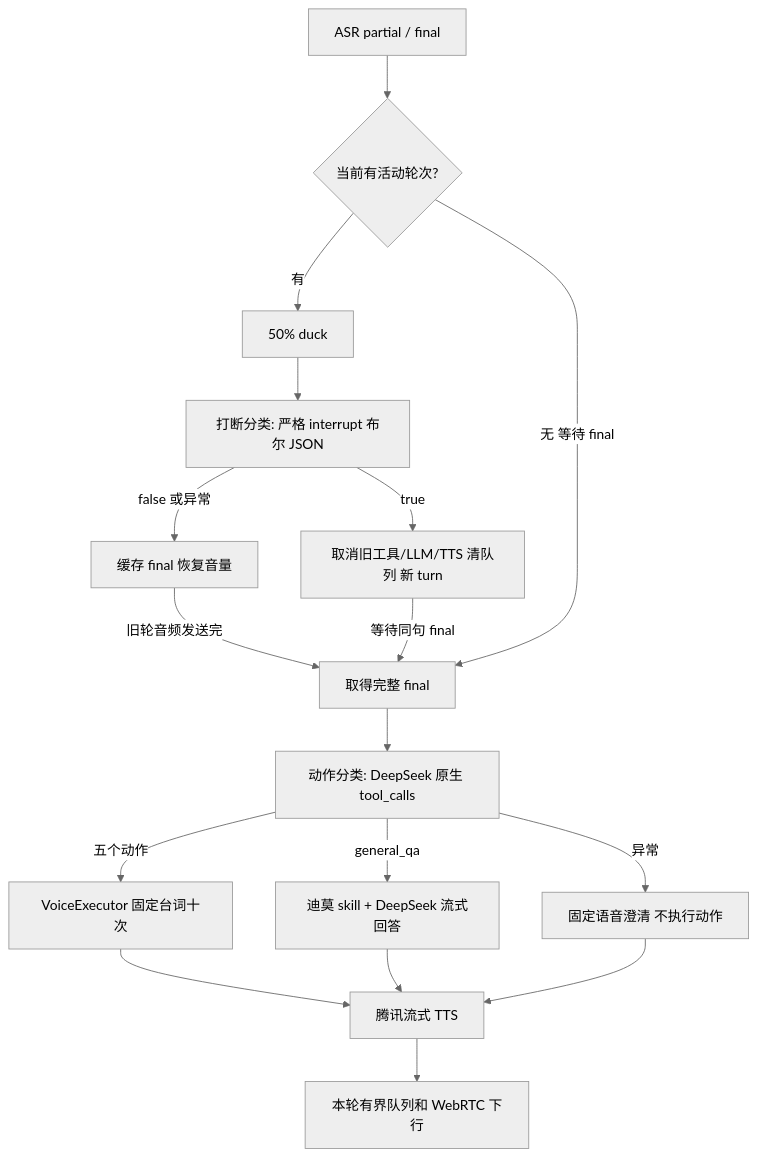
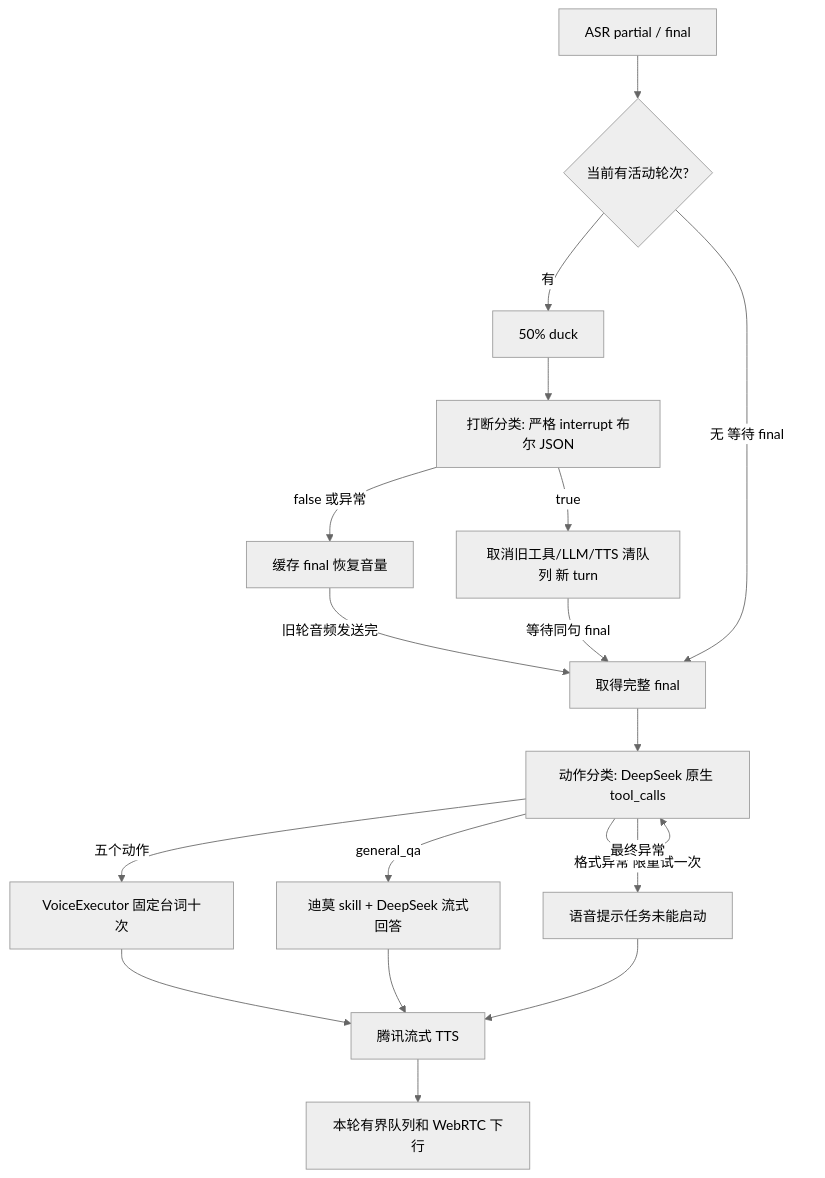
The diagram in docs/场景调研与设计.md (zjn20021020/WebRTC), drawn with Mermaid (neutral theme) before and after one commit. The commit also changed other lines of this file and 14 other files, not shown here.

````diff
--- a/docs/场景调研与设计.md
+++ b/docs/场景调研与设计.md
@@ -36,19 +36,20 @@
 ```mermaid
 flowchart TD
   ASR[ASR partial / final] --> Busy{当前有活动轮次?}
   Busy -->|有| Duck[50% duck]
   Duck --> Intent[打断分类: 严格 interrupt 布尔 JSON]
   Intent -->|true| Cancel[取消旧工具/LLM/TTS 清队列 新 turn]
   Intent -->|false 或异常| Cache[缓存 final 恢复音量]
   Cache -->|旧轮音频发送完| Final[取得完整 final]
   Cancel -->|等待同句 final| Final
   Busy -->|无 等待 final| Final
   Final --> Action[动作分类: DeepSeek 原生 tool_calls]
   Action -->|五个动作| Executor[VoiceExecutor 固定台词十次]
   Action -->|general_qa| Chat[迪莫 skill + DeepSeek 流式回答]
-  Action -->|异常| Clarify[固定语音澄清 不执行动作]
+  Action -->|格式异常 限重试一次| Action
+  Action -->|最终异常| Clarify[语音提示任务未能启动]
   Executor --> TTS[腾讯流式 TTS]
   Chat --> TTS
   Clarify --> TTS
   TTS --> Queue[本轮有界队列和 WebRTC 下行]
 ```
````
